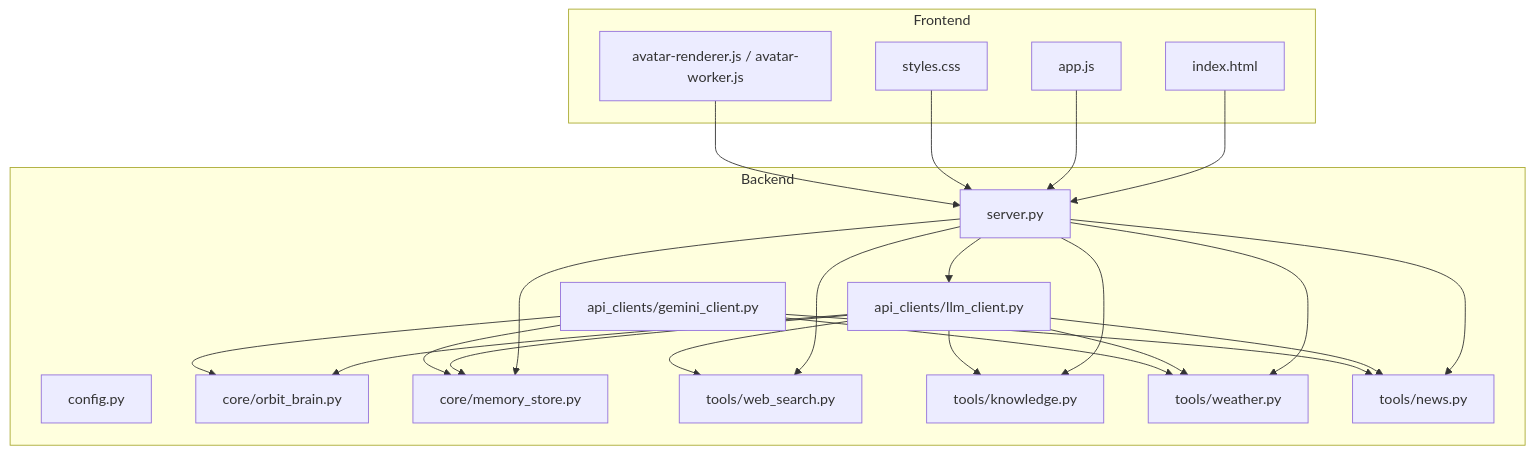
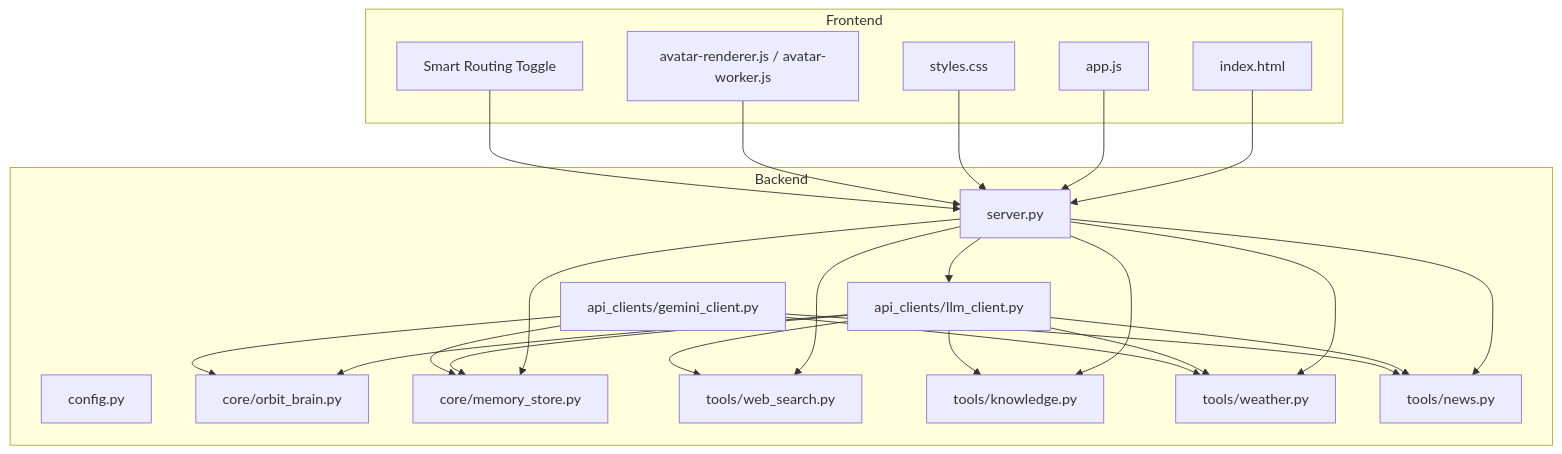
Before and after one commit to Sovetsky-Soyuz/AI-Assistant: the first of 9 diagrams in .qoder/repowiki/en/content/Backend Components/AI Assistant Engine/AI Assistant Engine.md, drawn with Mermaid. The commit also changed other lines of this file and 10 other files, not shown here.

````diff
--- a/.qoder/repowiki/en/content/Backend Components/AI Assistant Engine/AI Assistant Engine.md
+++ b/.qoder/repowiki/en/content/Backend Components/AI Assistant Engine/AI Assistant Engine.md
@@ -37,41 +48,43 @@
 ```mermaid
 graph TB
 subgraph "Frontend"
 FE_Index["index.html"]
 FE_App["app.js"]
 FE_Assets["styles.css"]
 FE_Avatar["avatar-renderer.js / avatar-worker.js"]
+FE_Routing["Smart Routing Toggle"]
 end
 subgraph "Backend"
 Server["server.py"]
 Config["config.py"]
 LLMClient["api_clients/llm_client.py"]
 GeminiClient["api_clients/gemini_client.py"]
 Brain["core/orbit_brain.py"]
 Memory["core/memory_store.py"]
 Tools_WS["tools/web_search.py"]
 Tools_KB["tools/knowledge.py"]
 Tools_Weather["tools/weather.py"]
 Tools_News["tools/news.py"]
 end
 FE_Index --> Server
 FE_App --> Server
 FE_Assets --> Server
 FE_Avatar --> Server
+FE_Routing --> Server
 Server --> LLMClient
 Server --> Memory
 Server --> Tools_KB
 Server --> Tools_WS
 Server --> Tools_Weather
 Server --> Tools_News
 LLMClient --> Brain
 LLMClient --> Memory
 LLMClient --> Tools_WS
 LLMClient --> Tools_KB
 LLMClient --> Tools_Weather
 LLMClient --> Tools_News
 GeminiClient --> Brain
 GeminiClient --> Memory
 GeminiClient --> Tools_Weather
 GeminiClient --> Tools_News
 ```
````
